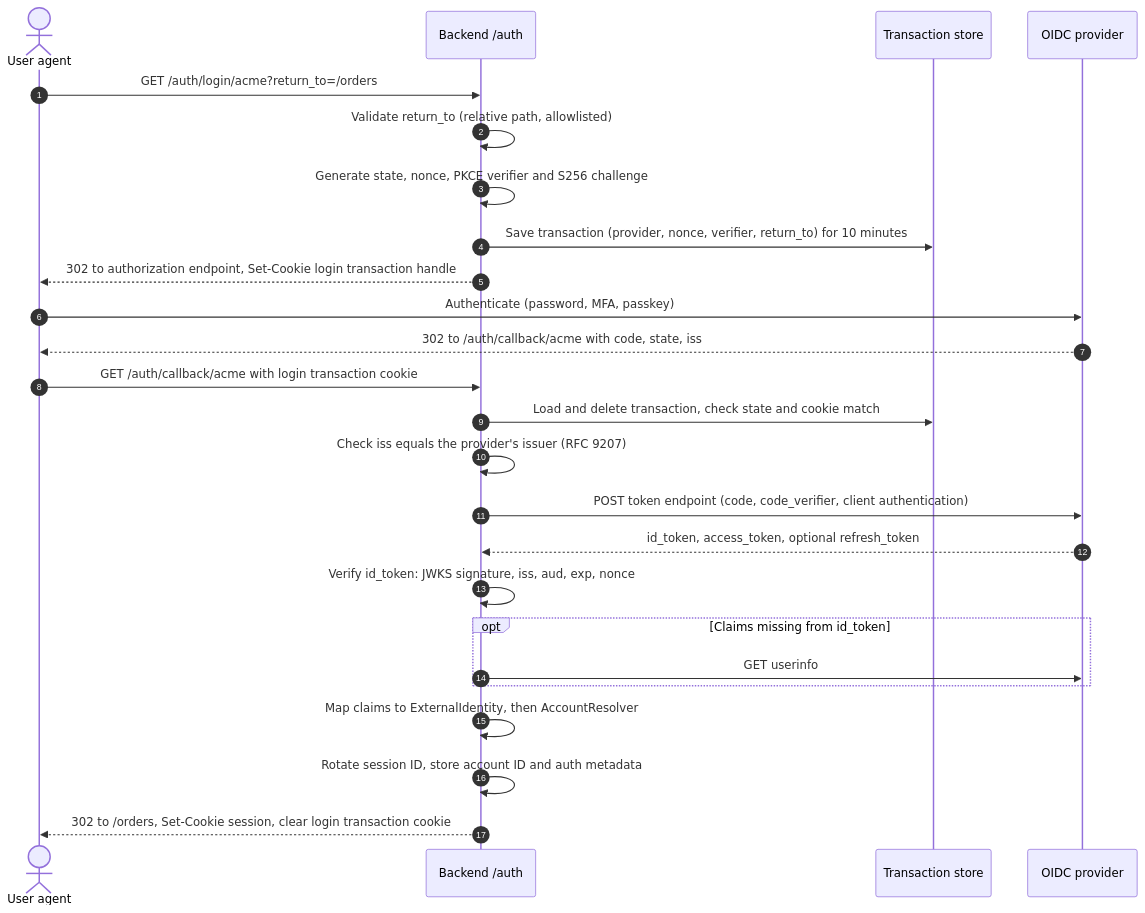
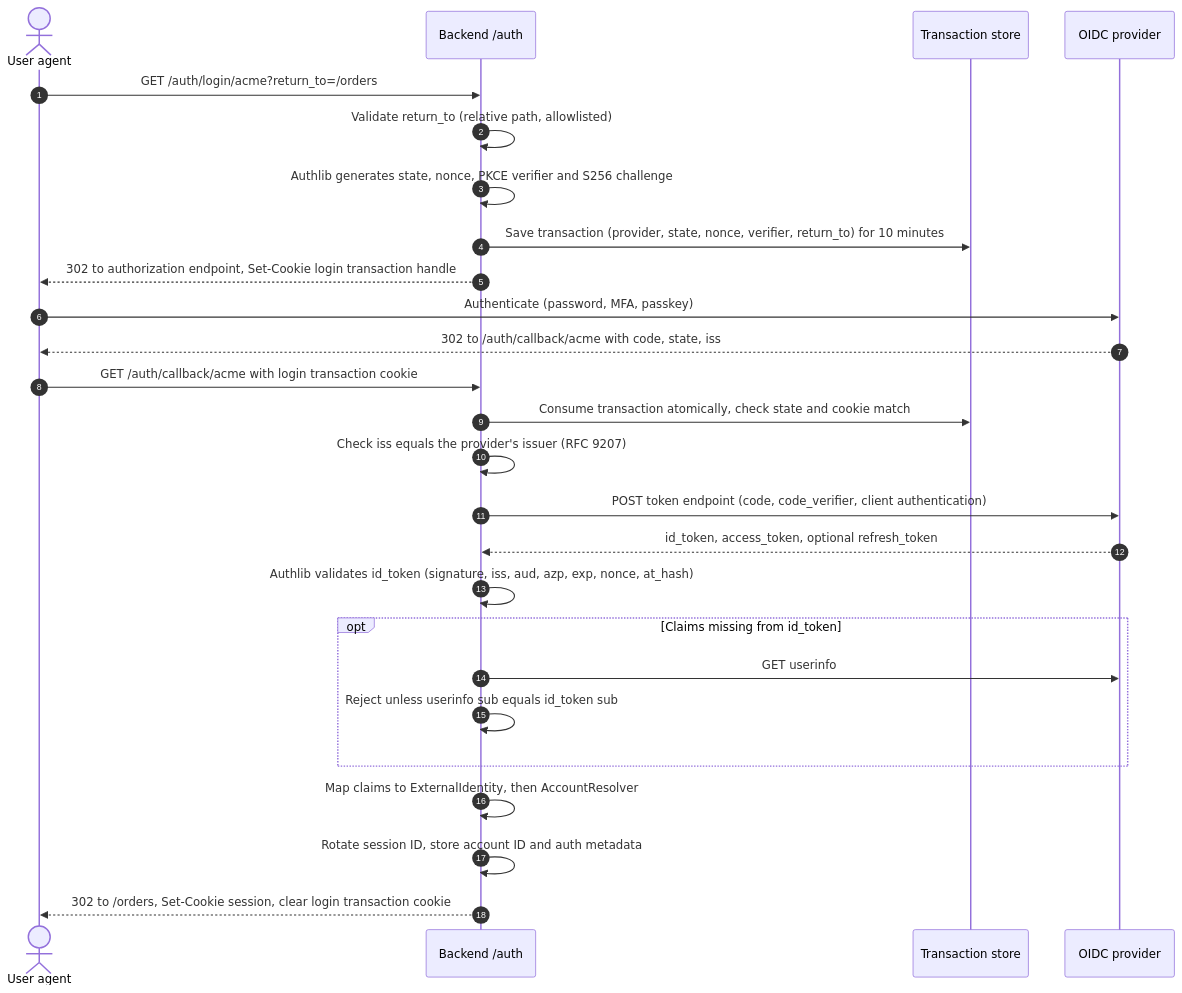
Before and after one commit to rn-forge/pykit: the fifth of 12 diagrams in docs/specs/epics/E13-auth/design.md, drawn with Mermaid. The commit also changed other lines of this file and 9 other files, not shown here.

````diff
--- a/docs/specs/epics/E13-auth/design.md
+++ b/docs/specs/epics/E13-auth/design.md
@@ -412,27 +469,28 @@
 ```mermaid
 sequenceDiagram
   autonumber
   actor U as User agent
   participant BE as Backend /auth
   participant TX as Transaction store
   participant IDP as OIDC provider
   U->>BE: GET /auth/login/acme?return_to=/orders
   BE->>BE: Validate return_to (relative path, allowlisted)
-  BE->>BE: Generate state, nonce, PKCE verifier and S256 challenge
-  BE->>TX: Save transaction (provider, nonce, verifier, return_to) for 10 minutes
+  BE->>BE: Authlib generates state, nonce, PKCE verifier and S256 challenge
+  BE->>TX: Save transaction (provider, state, nonce, verifier, return_to) for 10 minutes
   BE-->>U: 302 to authorization endpoint, Set-Cookie login transaction handle
   U->>IDP: Authenticate (password, MFA, passkey)
   IDP-->>U: 302 to /auth/callback/acme with code, state, iss
   U->>BE: GET /auth/callback/acme with login transaction cookie
-  BE->>TX: Load and delete transaction, check state and cookie match
+  BE->>TX: Consume transaction atomically, check state and cookie match
   BE->>BE: Check iss equals the provider's issuer (RFC 9207)
   BE->>IDP: POST token endpoint (code, code_verifier, client authentication)
   IDP-->>BE: id_token, access_token, optional refresh_token
-  BE->>BE: Verify id_token: JWKS signature, iss, aud, exp, nonce
+  BE->>BE: Authlib validates id_token (signature, iss, aud, azp, exp, nonce, at_hash)
   opt Claims missing from id_token
     BE->>IDP: GET userinfo
+    BE->>BE: Reject unless userinfo sub equals id_token sub
   end
   BE->>BE: Map claims to ExternalIdentity, then AccountResolver
   BE->>BE: Rotate session ID, store account ID and auth metadata
   BE-->>U: 302 to /orders, Set-Cookie session, clear login transaction cookie
 ```
````
